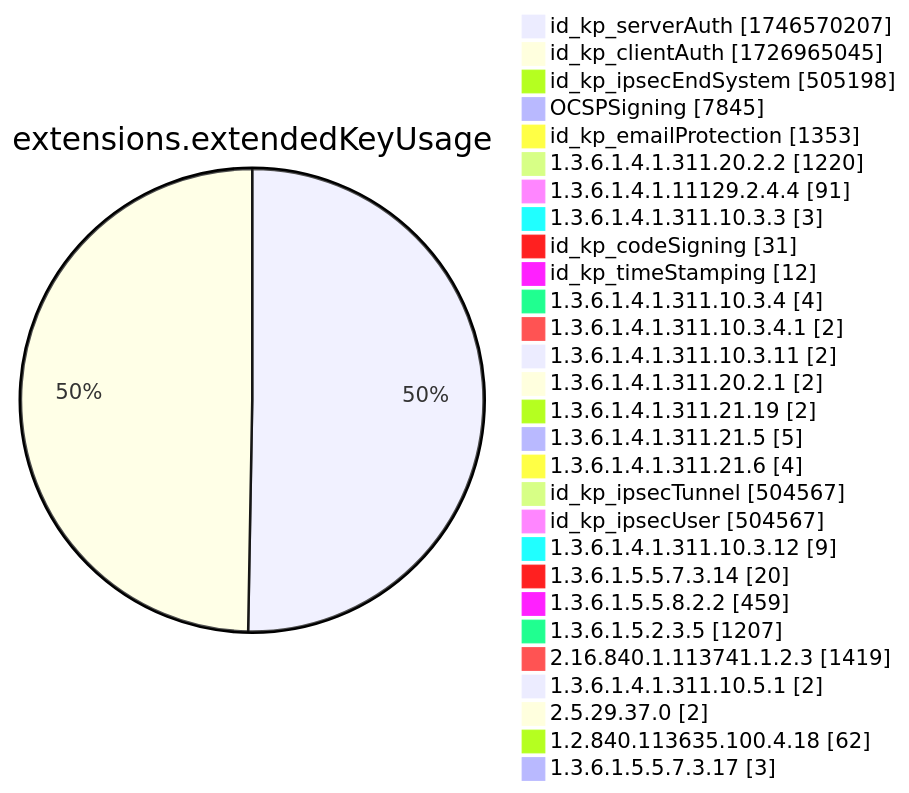
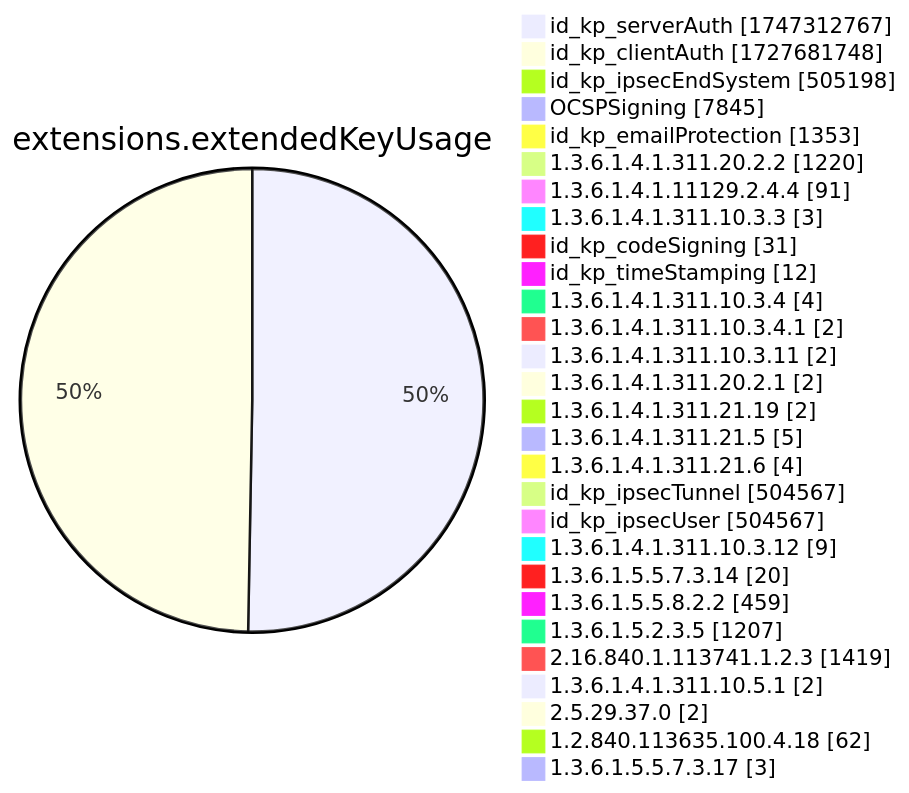
Diagram 12 of 15 in xenon2022/README.md (christiankrug/ctmonitor_visualization), drawn with Mermaid before and after one commit. The commit also changed other lines of this file, not shown here.

````diff
--- a/xenon2022/README.md
+++ b/xenon2022/README.md
@@ -3892,32 +3892,32 @@
 ```mermaid
 pie showData
 title extensions.extendedKeyUsage
-"id_kp_serverAuth" :1746570207
-"id_kp_clientAuth" :1726965045
+"id_kp_serverAuth" :1747312767
+"id_kp_clientAuth" :1727681748
 "id_kp_ipsecEndSystem" :505198
 "OCSPSigning" :7845
 "id_kp_emailProtection" :1353
 "1.3.6.1.4.1.311.20.2.2" :1220
 "1.3.6.1.4.1.11129.2.4.4" :91
 "1.3.6.1.4.1.311.10.3.3" :3
 "id_kp_codeSigning" :31
 "id_kp_timeStamping" :12
 "1.3.6.1.4.1.311.10.3.4" :4
 "1.3.6.1.4.1.311.10.3.4.1" :2
 "1.3.6.1.4.1.311.10.3.11" :2
 "1.3.6.1.4.1.311.20.2.1" :2
 "1.3.6.1.4.1.311.21.19" :2
 "1.3.6.1.4.1.311.21.5" :5
 "1.3.6.1.4.1.311.21.6" :4
 "id_kp_ipsecTunnel" :504567
 "id_kp_ipsecUser" :504567
 "1.3.6.1.4.1.311.10.3.12" :9
 "1.3.6.1.5.5.7.3.14" :20
 "1.3.6.1.5.5.8.2.2" :459
 "1.3.6.1.5.2.3.5" :1207
 "2.16.840.1.113741.1.2.3" :1419
 "1.3.6.1.4.1.311.10.5.1" :2
 "2.5.29.37.0" :2
 "1.2.840.113635.100.4.18" :62
 "1.3.6.1.5.5.7.3.17" :3
 ```
````
